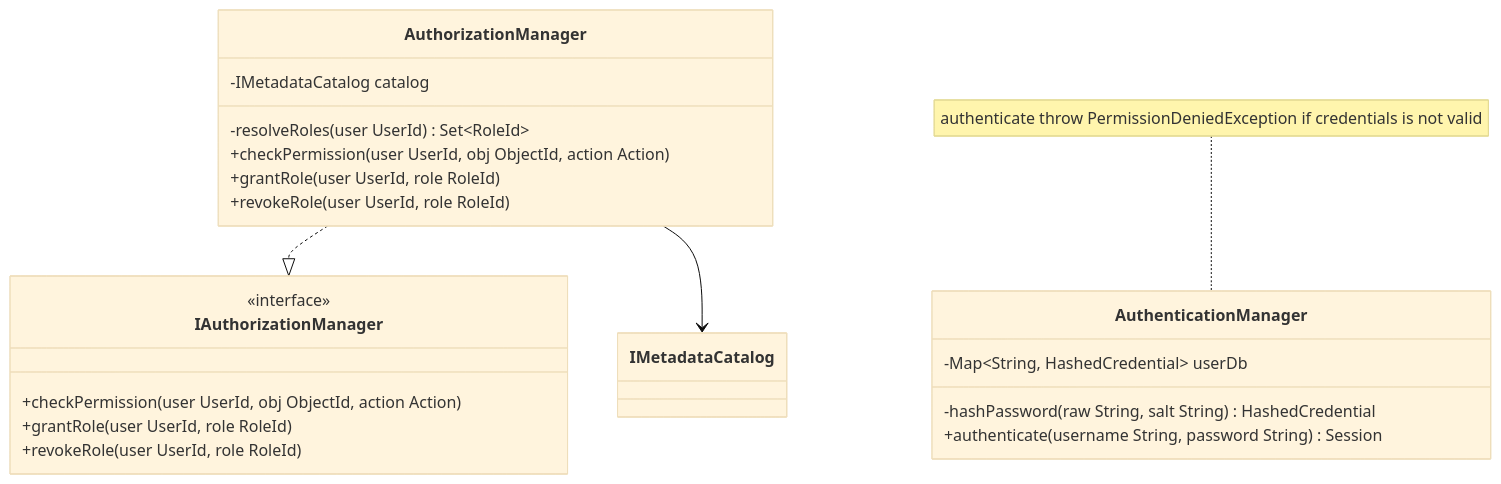
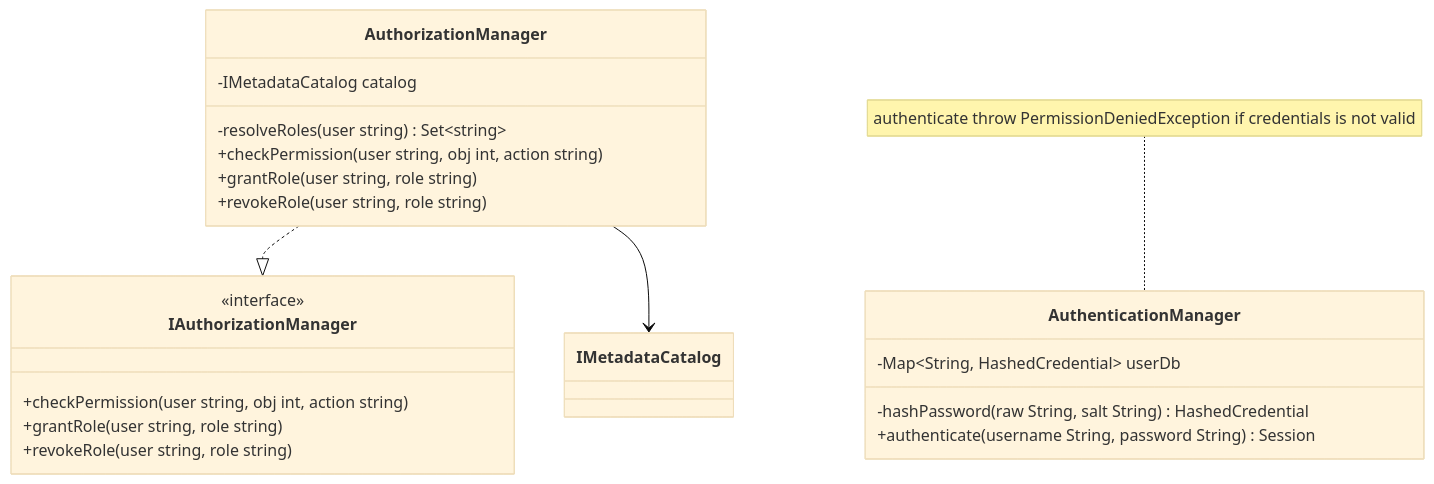
Before and after one commit to Hagiakhanh/bbv-dbms: the tenth of 10 diagrams in README.md, drawn with Mermaid (base theme). The commit also changed other lines of this file and 128 other files, not shown here.

````diff
--- a/README.md
+++ b/README.md
@@ -798,28 +798,28 @@
 ```mermaid
 classDiagram
 
     class IAuthorizationManager {
         <<interface>>
-        +checkPermission(user UserId, obj ObjectId, action Action)
-        +grantRole(user UserId, role RoleId)
-        +revokeRole(user UserId, role RoleId)
+        +checkPermission(user string, obj int, action string)
+        +grantRole(user string, role string)
+        +revokeRole(user string, role string)
     }
 
     class AuthenticationManager {
         -Map~String, HashedCredential~ userDb
         -hashPassword(raw String, salt String) HashedCredential
         +authenticate(username String, password String) Session
     }
     note for AuthenticationManager "authenticate throw PermissionDeniedException if credentials is not valid"
 
     class AuthorizationManager {
         -IMetadataCatalog catalog
-        -resolveRoles(user UserId) Set~RoleId~
-        +checkPermission(user UserId, obj ObjectId, action Action)
-        +grantRole(user UserId, role RoleId)
-        +revokeRole(user UserId, role RoleId)
+        -resolveRoles(user string) Set~string~
+        +checkPermission(user string, obj int, action string)
+        +grantRole(user string, role string)
+        +revokeRole(user string, role string)
     }
 
     AuthorizationManager ..|> IAuthorizationManager
     AuthorizationManager --> IMetadataCatalog
 ```
````
